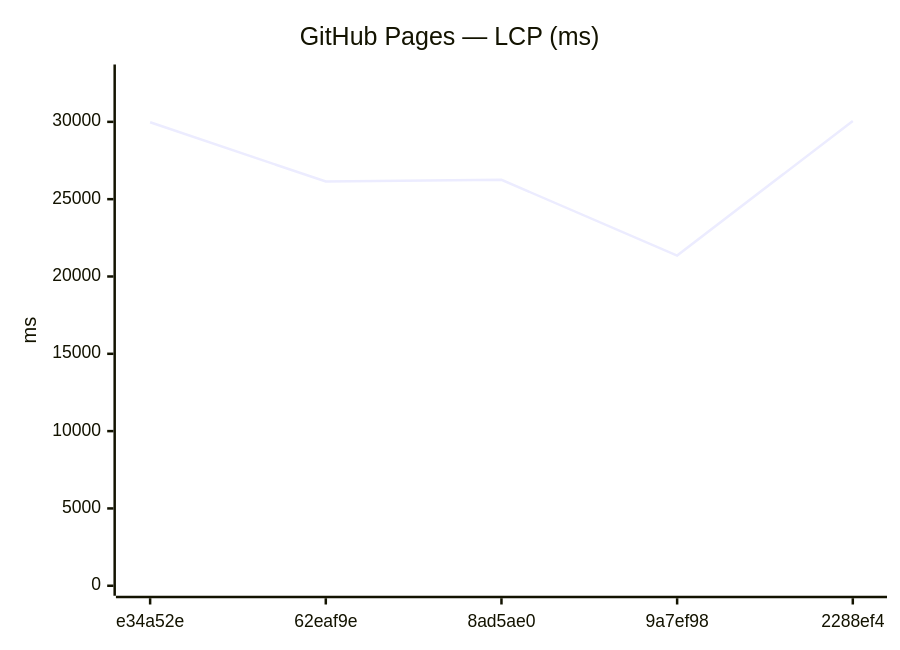
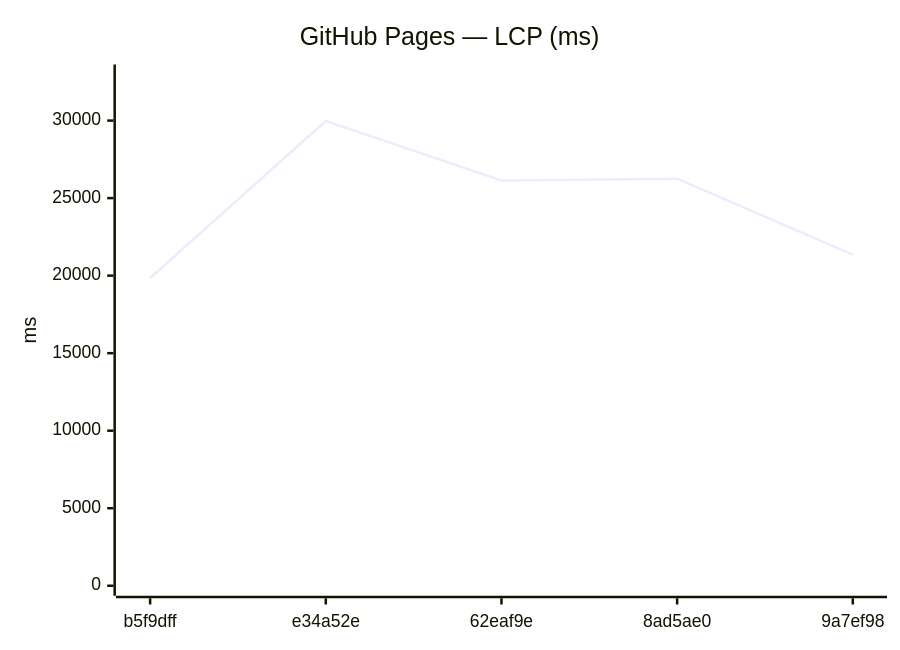
Before and after one commit to Metaheurist/Rianell: the seventh of 12 diagrams in benchmarks/compare.md, drawn with Mermaid. The commit also changed other lines of this file and 8 other files, not shown here.

````diff
--- a/benchmarks/compare.md
+++ b/benchmarks/compare.md
@@ -107,7 +107,7 @@
 ```mermaid
 xychart-beta
     title "GitHub Pages — LCP (ms)"
-    x-axis ["e34a52e", "62eaf9e", "8ad5ae0", "9a7ef98", "2288ef4"]
-    y-axis "ms" 0 --> 33062
-    line [29974, 26139, 26251, 21355, 30056]
+    x-axis ["b5f9dff", "e34a52e", "62eaf9e", "8ad5ae0", "9a7ef98"]
+    y-axis "ms" 0 --> 32972
+    line [19849, 29974, 26139, 26251, 21355]
 ```
````
